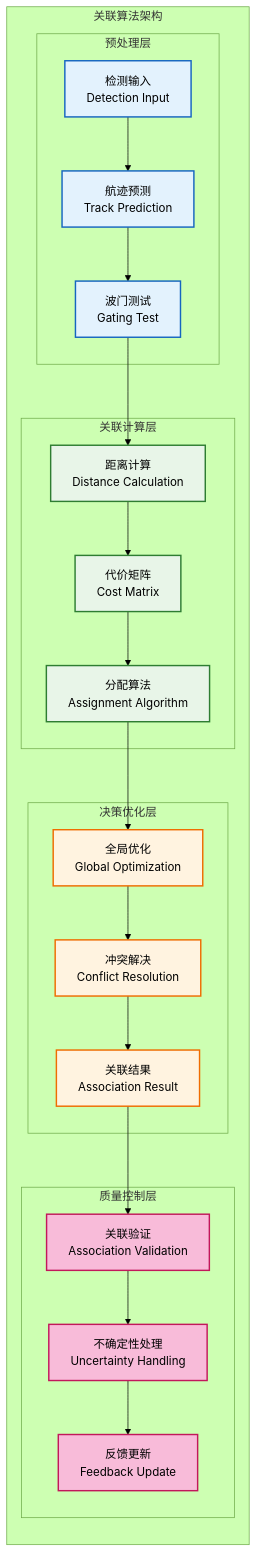
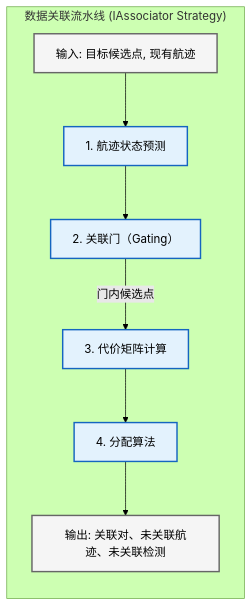
Before and after one commit to wendizhou99-cell/Radar: the fifth of 7 diagrams in docs/01_项目设计/02_模块设计/03_数据处理模块设计.md, drawn with Mermaid (forest theme). The commit also changed other lines of this file and 7 other files, not shown here.

````diff
--- a/docs/01_项目设计/02_模块设计/03_数据处理模块设计.md
+++ b/docs/01_项目设计/02_模块设计/03_数据处理模块设计.md
@@ -425,56 +338,17 @@
 ```mermaid
 flowchart TB
-    subgraph "关联算法架构"
+    subgraph "数据关联流水线 (IAssociator Strategy)"
         direction TB
 
-        subgraph "预处理层"
-            DETECTION_INPUT[检测输入<br/>Detection Input]
-            TRACK_PREDICTION[航迹预测<br/>Track Prediction]
-            GATING_TEST[波门测试<br/>Gating Test]
-        end
-
-        subgraph "关联计算层"
-            DISTANCE_CALC[距离计算<br/>Distance Calculation]
-            COST_MATRIX[代价矩阵<br/>Cost Matrix]
-            ASSIGNMENT_ALGO[分配算法<br/>Assignment Algorithm]
-        end
-
-        subgraph "决策优化层"
-            GLOBAL_OPTIMIZE[全局优化<br/>Global Optimization]
-            CONFLICT_RESOLVE[冲突解决<br/>Conflict Resolution]
-            ASSOCIATION_RESULT[关联结果<br/>Association Result]
-        end
-
-        subgraph "质量控制层"
-            ASSOCIATION_VALID[关联验证<br/>Association Validation]
-            UNCERTAINTY_HANDLE[不确定性处理<br/>Uncertainty Handling]
-            FEEDBACK_UPDATE[反馈更新<br/>Feedback Update]
-        end
-
-        %% 关联流程
-        DETECTION_INPUT --> TRACK_PREDICTION
-        TRACK_PREDICTION --> GATING_TEST
-        GATING_TEST --> DISTANCE_CALC
-
-        DISTANCE_CALC --> COST_MATRIX
-        COST_MATRIX --> ASSIGNMENT_ALGO
-        ASSIGNMENT_ALGO --> GLOBAL_OPTIMIZE
-
-        GLOBAL_OPTIMIZE --> CONFLICT_RESOLVE
-        CONFLICT_RESOLVE --> ASSOCIATION_RESULT
-        ASSOCIATION_RESULT --> ASSOCIATION_VALID
-
-        ASSOCIATION_VALID --> UNCERTAINTY_HANDLE
-        UNCERTAINTY_HANDLE --> FEEDBACK_UPDATE
+        A[输入: 目标候选点, 现有航迹] --> B[1. 航迹状态预测];
+        B --> C[2. 关联门（Gating）];
+        C -- "门内候选点" --> D[3. 代价矩阵计算];
+        D --> E[4. 分配算法];
+        E --> F[输出: 关联对、未关联航迹、未关联检测];
     end
 
-    classDef preprocess fill:#e3f2fd,stroke:#1565c0,stroke-width:2px
-    classDef calculation fill:#e8f5e8,stroke:#2e7d32,stroke-width:2px
-    classDef optimization fill:#fff3e0,stroke:#ef6c00,stroke-width:2px
-    classDef quality fill:#f8bbd9,stroke:#c2185b,stroke-width:2px
-
-    class DETECTION_INPUT,TRACK_PREDICTION,GATING_TEST preprocess
-    class DISTANCE_CALC,COST_MATRIX,ASSIGNMENT_ALGO calculation
-    class GLOBAL_OPTIMIZE,CONFLICT_RESOLVE,ASSOCIATION_RESULT optimization
-    class ASSOCIATION_VALID,UNCERTAINTY_HANDLE,FEEDBACK_UPDATE quality
+    classDef step fill:#e3f2fd,stroke:#1565c0,stroke-width:2px;
+    classDef out fill:#f5f5f5,stroke:#666,stroke-width:2px;
+    class B,C,D,E step;
+    class A,F out;
 ```
````
